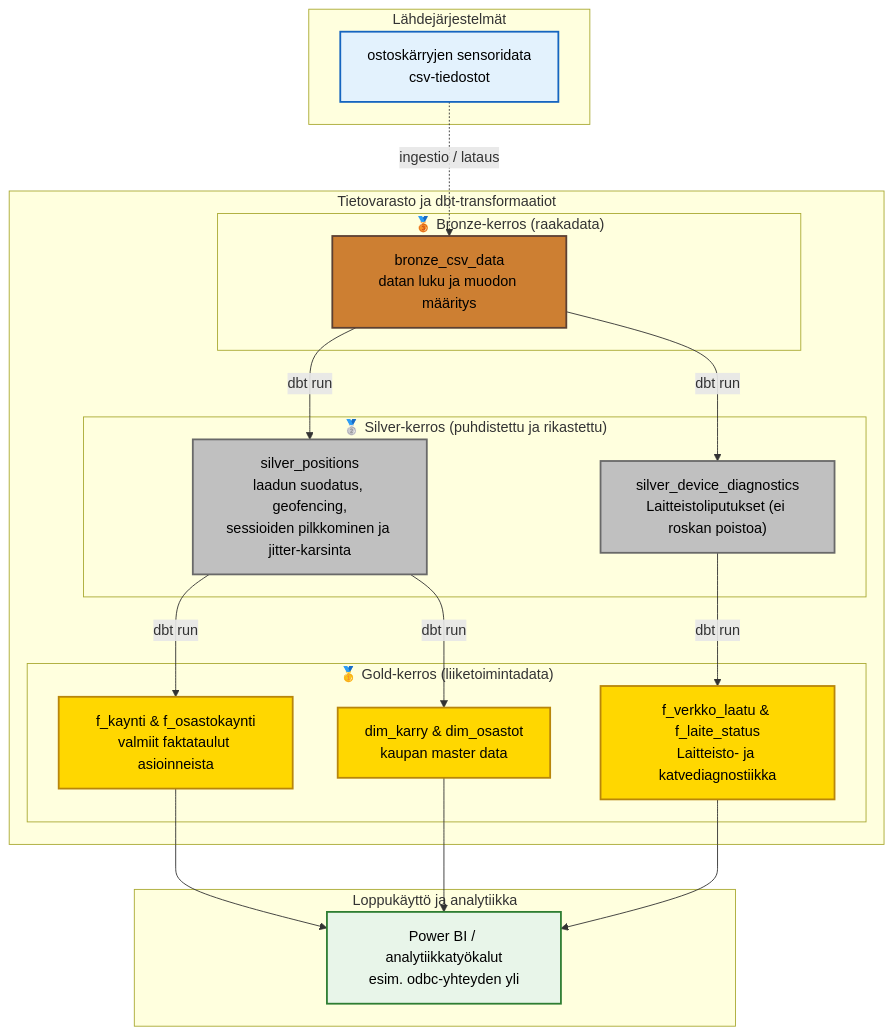
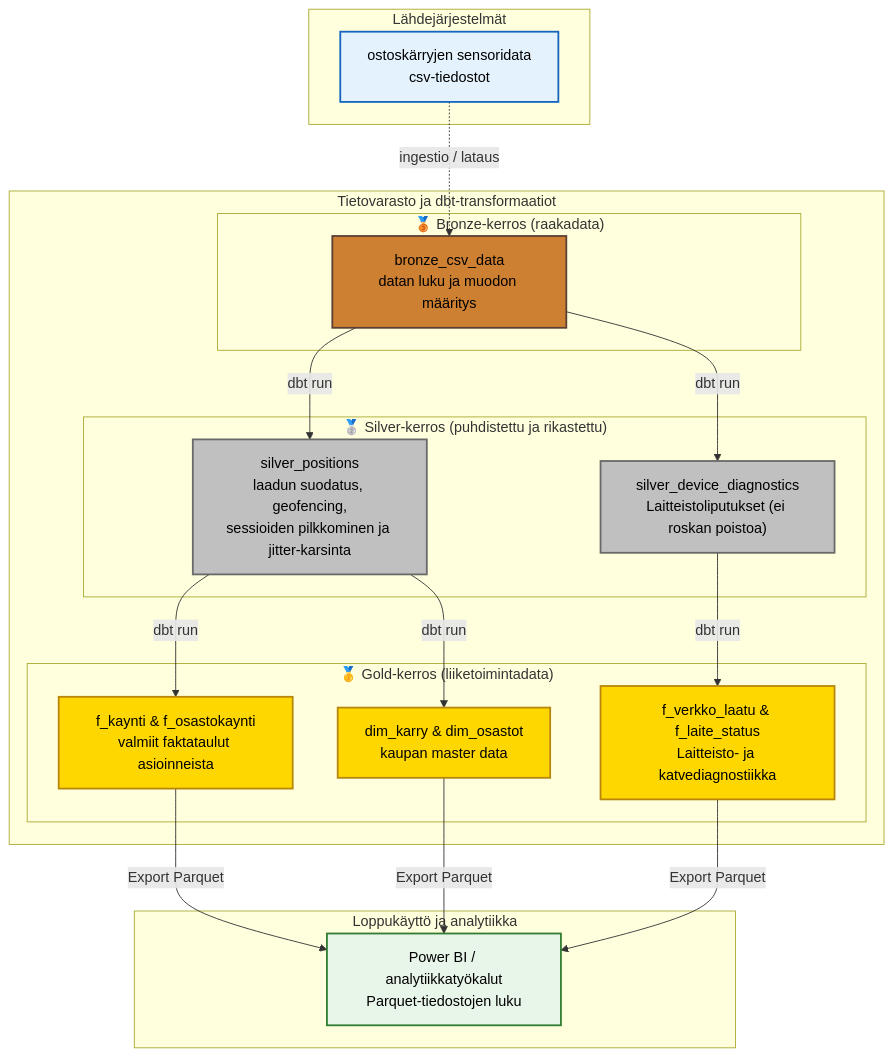
The diagram in docs/arkkitehtuuri_kaavio.md (mitro54/uwb-shopping-cart-analytics-pipeline), drawn with Mermaid before and after one commit. The commit also changed other lines of this file and 16 other files, not shown here.

````diff
--- a/docs/arkkitehtuuri_kaavio.md
+++ b/docs/arkkitehtuuri_kaavio.md
@@ -5,51 +5,51 @@
 ```mermaid
 graph TD
     classDef source fill:#e3f2fd,stroke:#1565c0,stroke-width:2px,color:black;
     classDef bronze fill:#cd7f32,stroke:#5c4033,stroke-width:2px,color:black;
     classDef silver fill:#c0c0c0,stroke:#696969,stroke-width:2px,color:black;
     classDef gold fill:#ffd700,stroke:#b8860b,stroke-width:2px,color:black;
     classDef bi fill:#e8f5e9,stroke:#2e7d32,stroke-width:2px,color:black;
 
     %% Lähdejärjestelmät
     subgraph Data_Sources["Lähdejärjestelmät"]
         CSV["<span style='color:#000 !important'>ostoskärryjen sensoridata<br>csv-tiedostot</span>"]:::source
     end
 
     %% Data Warehouse / dbt prosessointi
     subgraph DWH["Tietovarasto ja dbt-transformaatiot"]
         
         %% Bronze
         subgraph Bronze["🥉 Bronze-kerros (raakadata)"]
             stg["<span style='color:#000 !important'>bronze_csv_data<br>datan luku ja muodon määritys</span>"]:::bronze
         end
         
         %% Silver
         subgraph Silver["🥈 Silver-kerros (puhdistettu ja rikastettu)"]
             silv["<span style='color:#000 !important'>silver_positions<br>laadun suodatus, geofencing,<br>sessioiden pilkkominen ja jitter-karsinta</span>"]:::silver
             silv_diag["<span style='color:#000 !important'>silver_device_diagnostics<br>Laitteistoliputukset (ei roskan poistoa)</span>"]:::silver
         end
         
         %% Gold
         subgraph Gold["🥇 Gold-kerros (liiketoimintadata)"]
             gold_f["<span style='color:#000 !important'>f_kaynti & f_osastokaynti<br>valmiit faktataulut asioinneista</span>"]:::gold
             gold_d["<span style='color:#000 !important'>dim_karry & dim_osastot<br>kaupan master data</span>"]:::gold
             gold_iot["<span style='color:#000 !important'>f_verkko_laatu & f_laite_status<br>Laitteisto- ja katvediagnostiikka</span>"]:::gold
         end
 
         stg -->|dbt run| silv
         stg -->|dbt run| silv_diag
         silv -->|dbt run| gold_f
         silv -->|dbt run| gold_d
         silv_diag -->|dbt run| gold_iot
     end
 
     %% Raportointi ja Analyysi
     subgraph Analytics["Loppukäyttö ja analytiikka"]
-        BI["<span style='color:#000 !important'>Power BI / analytiikkatyökalut<br>esim. odbc-yhteyden yli</span>"]:::bi
+        BI["<span style='color:#000 !important'>Power BI / analytiikkatyökalut<br>Parquet-tiedostojen luku</span>"]:::bi
     end
 
     CSV -.->|ingestio / lataus| stg
-    gold_f --> BI
-    gold_d --> BI
-    gold_iot --> BI
+    gold_f -->|Export Parquet| BI
+    gold_d -->|Export Parquet| BI
+    gold_iot -->|Export Parquet| BI
 ```
````
